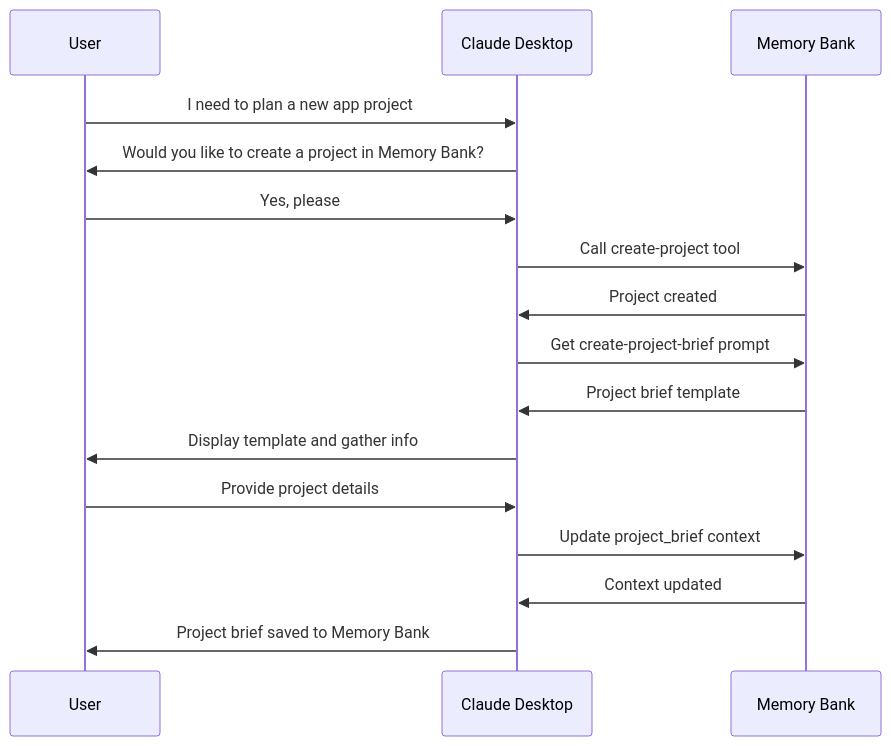
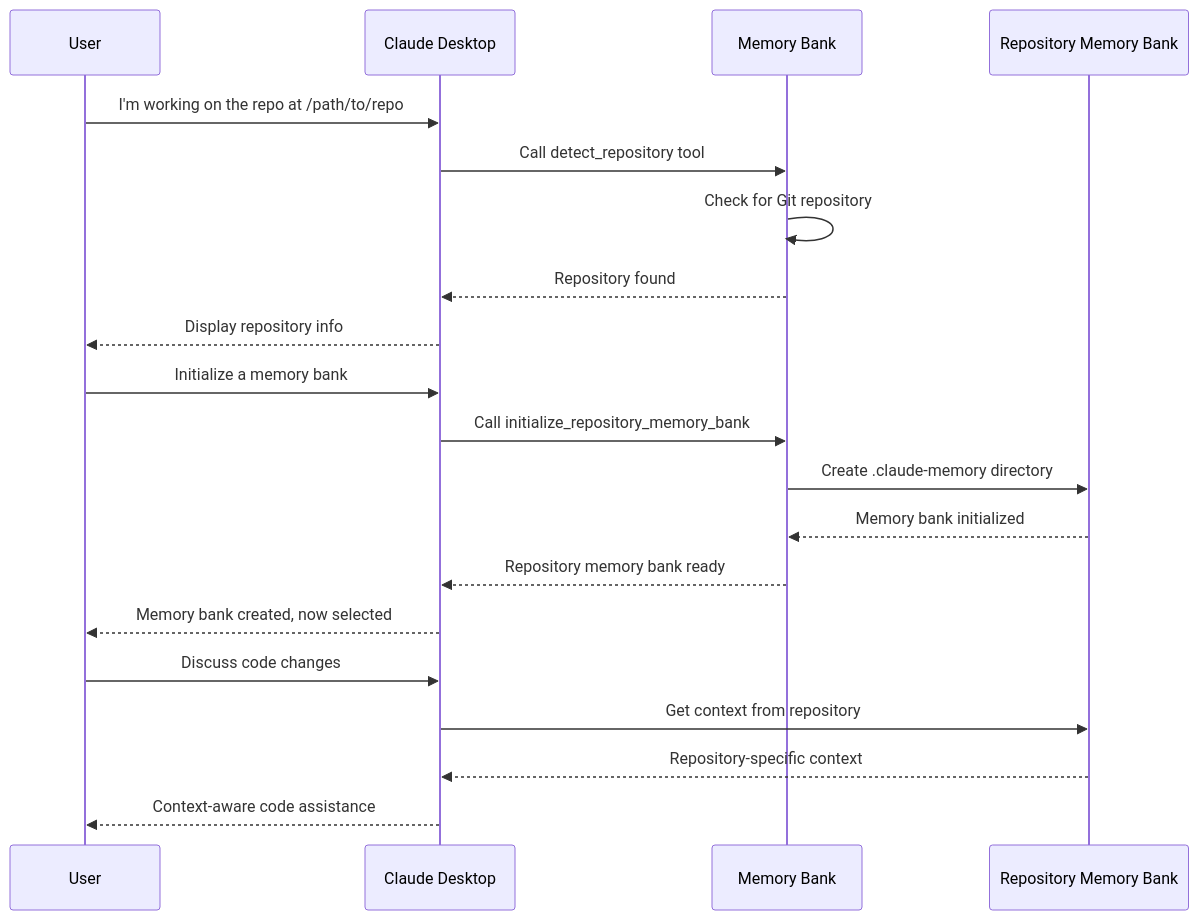
Before and after one commit to philippe-guerit/claude-desktop-memory-bank: the third of 4 diagrams in doc/usage-guide.md, drawn with Mermaid. The commit also changed other lines of this file and 3 other files, not shown here.

Commit message:
improve design to support project based memory bank

````diff
--- a/doc/usage-guide.md
+++ b/doc/usage-guide.md
@@ -170,19 +312,23 @@
 ```mermaid
 sequenceDiagram
     participant User
     participant Claude as Claude Desktop
     participant MB as Memory Bank
+    participant Repo as Repository Memory Bank
     
-    User->>Claude: I need to plan a new app project
-    Claude->>User: Would you like to create a project in Memory Bank?
-    User->>Claude: Yes, please
-    Claude->>MB: Call create-project tool
-    MB->>Claude: Project created
-    Claude->>MB: Get create-project-brief prompt
-    MB->>Claude: Project brief template
-    Claude->>User: Display template and gather info
-    User->>Claude: Provide project details
-    Claude->>MB: Update project_brief context
-    MB->>Claude: Context updated
-    Claude->>User: Project brief saved to Memory Bank
+    User->>Claude: I'm working on the repo at /path/to/repo
+    Claude->>MB: Call detect_repository tool
+    MB->>MB: Check for Git repository
+    MB-->>Claude: Repository found
+    Claude-->>User: Display repository info
+    User->>Claude: Initialize a memory bank
+    Claude->>MB: Call initialize_repository_memory_bank
+    MB->>Repo: Create .claude-memory directory
+    Repo-->>MB: Memory bank initialized
+    MB-->>Claude: Repository memory bank ready
+    Claude-->>User: Memory bank created, now selected
+    User->>Claude: Discuss code changes
+    Claude->>Repo: Get context from repository
+    Repo-->>Claude: Repository-specific context
+    Claude-->>User: Context-aware code assistance
 ```
````
